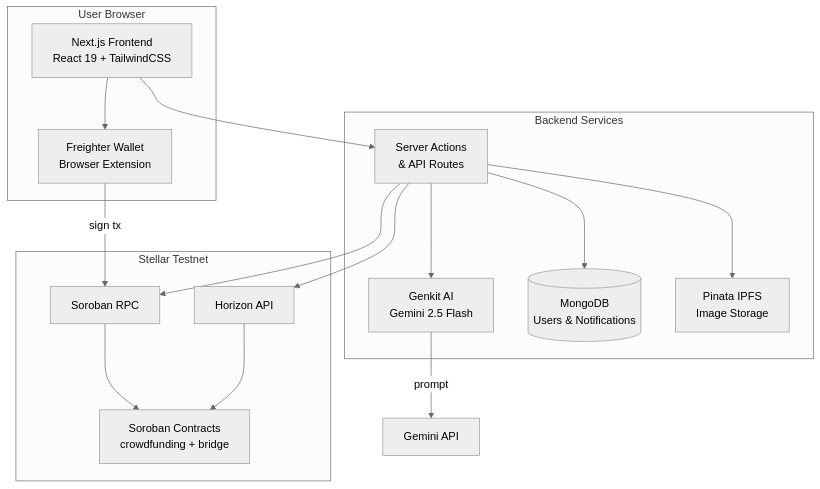
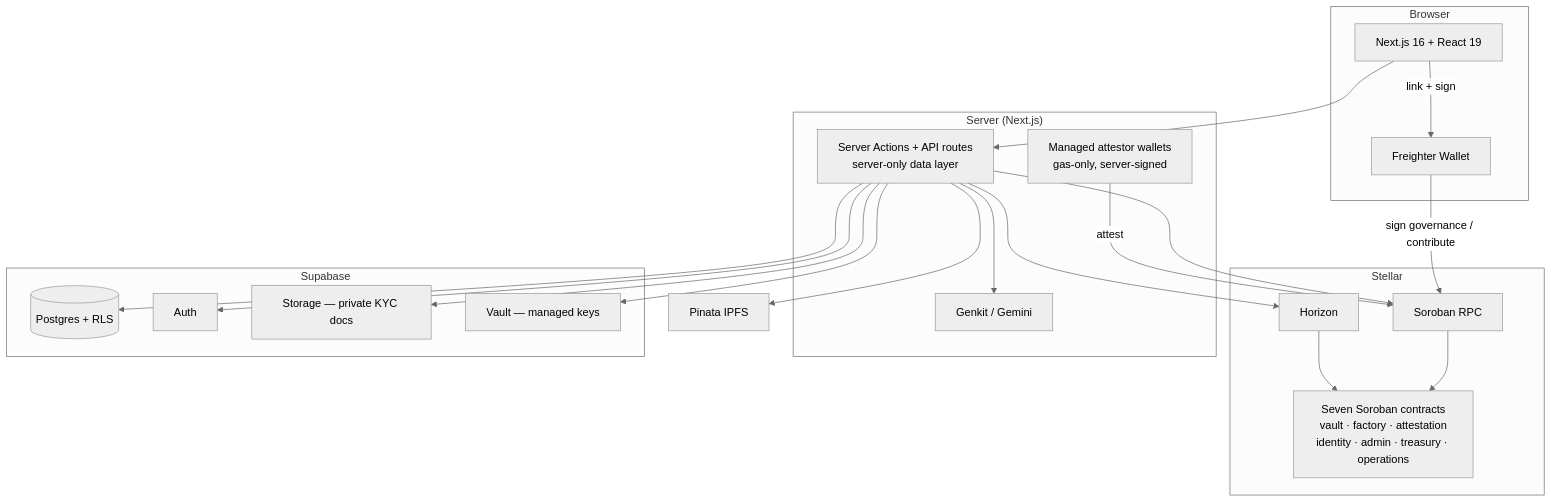
The diagram in docs/architecture.md (BLKFNDRPH/blkfndrapp), drawn with Mermaid (neutral theme) before and after one commit. The commit also changed other lines of this file and 12 other files, not shown here.

First line of the commit message:
Reposition BLKFNDR as a secure on-chain vault, not crowdfunding

````diff
--- a/docs/architecture.md
+++ b/docs/architecture.md
@@ -7,32 +7,43 @@
 ```mermaid
 graph TB
-    subgraph "User Browser"
-        UI[Next.js Frontend<br/>React 19 + TailwindCSS]
-        FW[Freighter Wallet<br/>Browser Extension]
+    subgraph Browser
+        UI[Next.js 16 + React 19]
+        FW[Freighter Wallet]
     end
 
-    subgraph "Stellar Testnet"
+    subgraph "Stellar"
         SRPC[Soroban RPC]
-        HORIZON[Horizon API]
-        SC[Soroban Contracts<br/>crowdfunding + bridge]
+        HZN[Horizon]
+        SUITE[Seven Soroban contracts<br/>vault · factory · attestation<br/>identity · admin · treasury · operations]
     end
 
-    subgraph "Backend Services"
-        SA[Server Actions<br/>& API Routes]
-        GENKIT[Genkit AI<br/>Gemini 2.5 Flash]
-        MONGO[(MongoDB<br/>Users & Notifications)]
-        PINATA[Pinata IPFS<br/>Image Storage]
+    subgraph "Server (Next.js)"
+        SA[Server Actions + API routes<br/>server-only data layer]
+        MW[Managed attestor wallets<br/>gas-only, server-signed]
+        GK[Genkit / Gemini]
     end
 
+    subgraph "Supabase"
+        PG[(Postgres + RLS)]
+        AUTH[Auth]
+        STG[Storage — private KYC docs]
+        VAULT[Vault — managed keys]
+    end
+
+    PIN[Pinata IPFS]
+
     UI --> SA
-    UI --> FW
-    FW -->|sign tx| SRPC
+    UI -->|link + sign| FW
+    FW -->|sign governance / contribute| SRPC
+    SA --> PG
+    SA --> AUTH
+    SA --> STG
+    SA --> GK
+    SA --> PIN
     SA --> SRPC
-    SA --> HORIZON
-    SA --> MONGO
-    SA --> GENKIT
-    SA --> PINATA
-    SRPC --> SC
-    HORIZON --> SC
-    GENKIT -->|prompt| GEMINI[Gemini API]
+    SA --> HZN
+    MW -->|attest| SRPC
+    SA --> VAULT
+    SRPC --> SUITE
+    HZN --> SUITE
 ```
````
